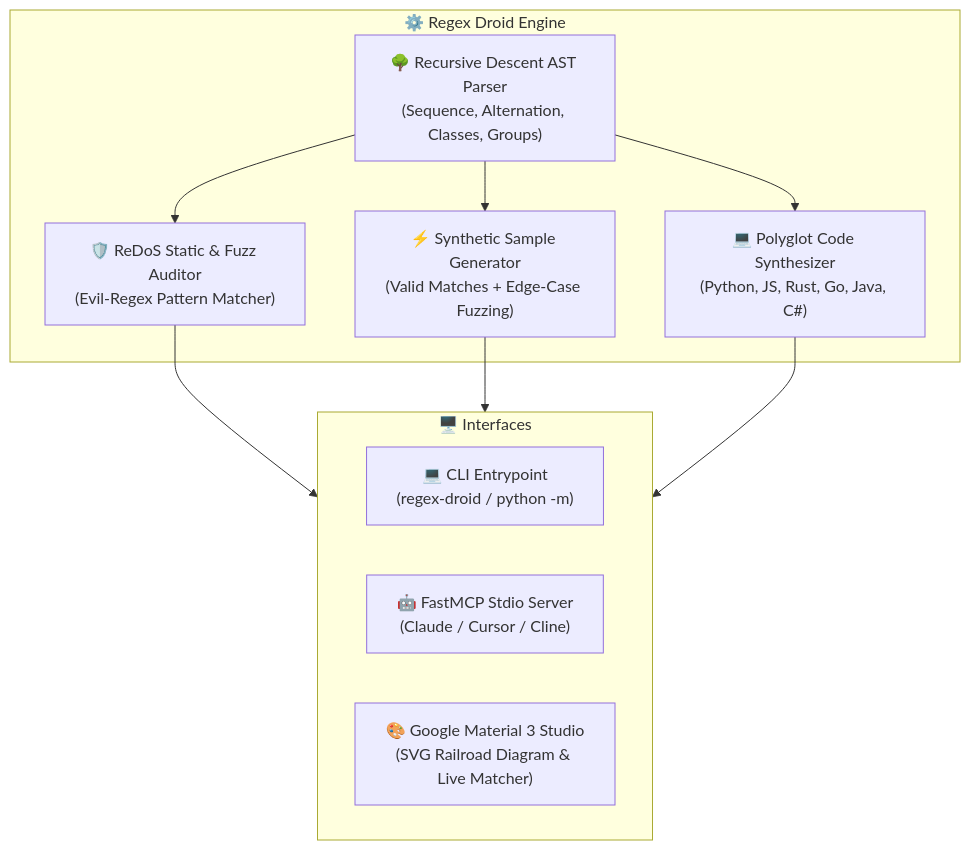
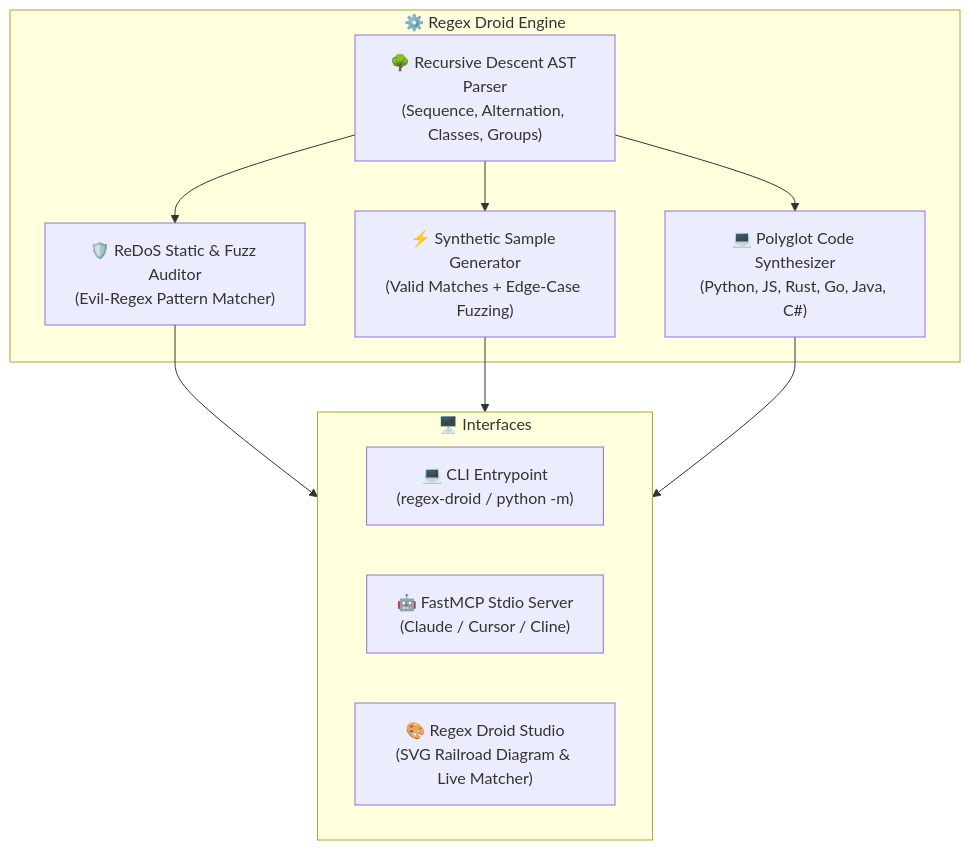
Before and after one commit to 1nc0gn30/regex-droid-builder: the diagram in README.md, drawn with Mermaid. The commit also changed other lines of this file and 4 other files, not shown here.

Commit message:
rebrand(regex-droid-builder): update branding to Regex Droid Studio with Material 3 design influence

````diff
--- a/README.md
+++ b/README.md
@@ -114,22 +114,22 @@
 ```mermaid
 flowchart TD
     subgraph CoreEngine["⚙️ Regex Droid Engine"]
         Parser["🌳 Recursive Descent AST Parser\n(Sequence, Alternation, Classes, Groups)"]
         ReDoS["🛡️ ReDoS Static & Fuzz Auditor\n(Evil-Regex Pattern Matcher)"]
         Fuzzer["⚡ Synthetic Sample Generator\n(Valid Matches + Edge-Case Fuzzing)"]
         CodeGen["💻 Polyglot Code Synthesizer\n(Python, JS, Rust, Go, Java, C#)"]
     end
 
     subgraph Interfaces["🖥️ Interfaces"]
         CLI["💻 CLI Entrypoint\n(regex-droid / python -m)"]
         MCP["🤖 FastMCP Stdio Server\n(Claude / Cursor / Cline)"]
-        UI["🎨 Google Material 3 Studio\n(SVG Railroad Diagram & Live Matcher)"]
+        UI["🎨 Regex Droid Studio\n(SVG Railroad Diagram & Live Matcher)"]
     end
 
     Parser --> ReDoS
     Parser --> Fuzzer
     Parser --> CodeGen
     ReDoS --> Interfaces
     Fuzzer --> Interfaces
     CodeGen --> Interfaces
 ```
````
